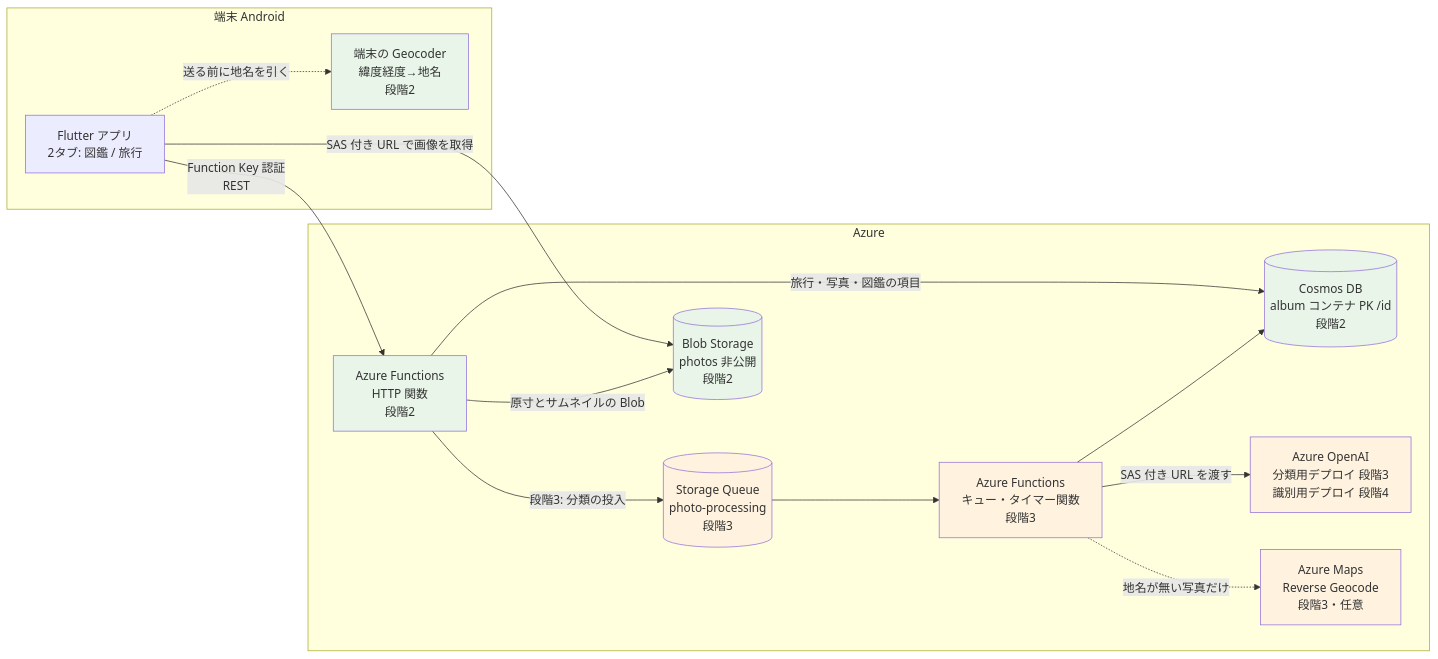
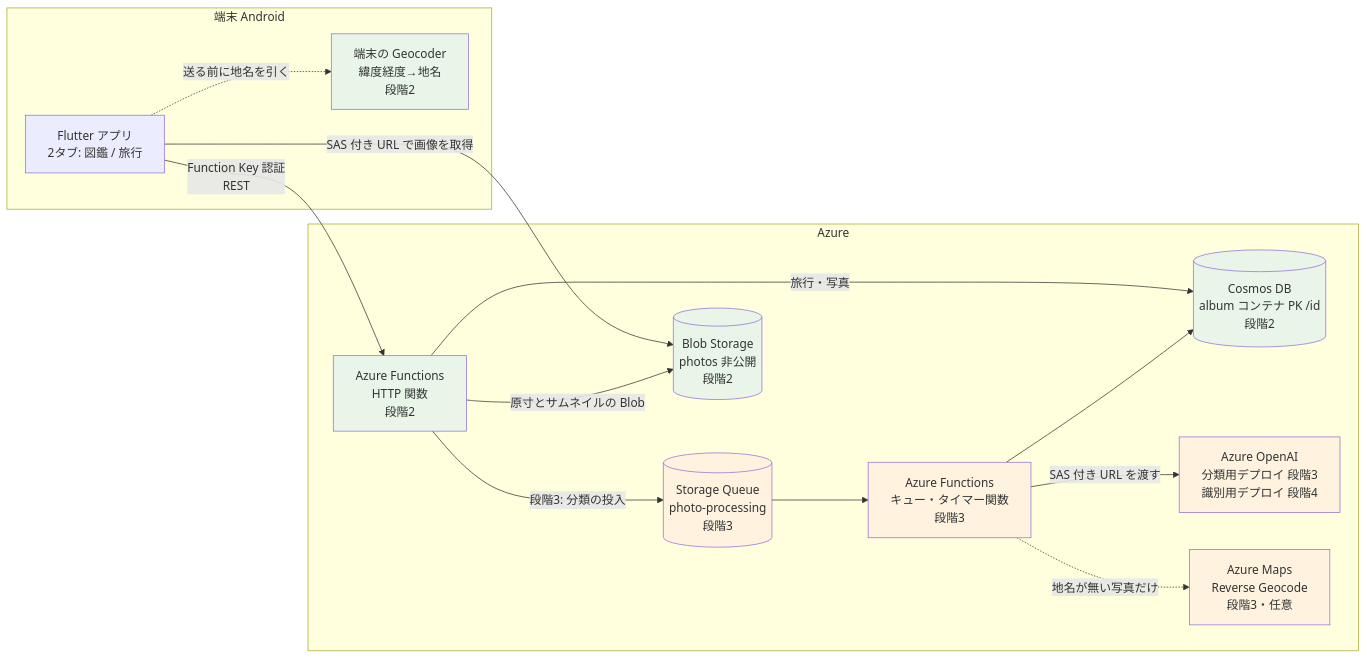
The diagram in docs/travel-album/02_design_overview.md (nmasashi/snaplant), drawn with Mermaid before and after one commit. The commit also changed other lines of this file and 7 other files, not shown here.

First line of the commit message:
図鑑を写真からまとめる形（案 B）に改め、書き込み操作の整合性を点検する

````diff
--- a/docs/travel-album/02_design_overview.md
+++ b/docs/travel-album/02_design_overview.md
@@ -49,33 +49,33 @@
 ```mermaid
 flowchart LR
     subgraph Device[端末 Android]
         App[Flutter アプリ<br/>2タブ: 図鑑 / 旅行]
         Geo[端末の Geocoder<br/>緯度経度→地名<br/>段階2]
     end
 
     subgraph Azure
         Http[Azure Functions<br/>HTTP 関数<br/>段階2]
         Worker[Azure Functions<br/>キュー・タイマー関数<br/>段階3]
         Queue[(Storage Queue<br/>photo-processing<br/>段階3)]
         Blob[(Blob Storage<br/>photos 非公開<br/>段階2)]
         Cosmos[(Cosmos DB<br/>album コンテナ PK /id<br/>段階2)]
         AOAI[Azure OpenAI<br/>分類用デプロイ 段階3<br/>識別用デプロイ 段階4]
         Maps[Azure Maps<br/>Reverse Geocode<br/>段階3・任意]
     end
 
     App -->|Function Key 認証<br/>REST| Http
     App -.->|送る前に地名を引く| Geo
     App -->|SAS 付き URL で画像を取得| Blob
-    Http -->|旅行・写真・図鑑の項目| Cosmos
+    Http -->|旅行・写真| Cosmos
     Http -->|原寸とサムネイルの Blob| Blob
     Http -->|段階3: 分類の投入| Queue
     Queue --> Worker
     Worker --> Cosmos
     Worker -->|SAS 付き URL を渡す| AOAI
     Worker -.->|地名が無い写真だけ| Maps
 
     classDef s2 fill:#e8f5e8
     classDef s3 fill:#fff3e0
     class Http,Blob,Cosmos,Geo s2
     class Worker,Queue,AOAI,Maps s3
 ```
````
